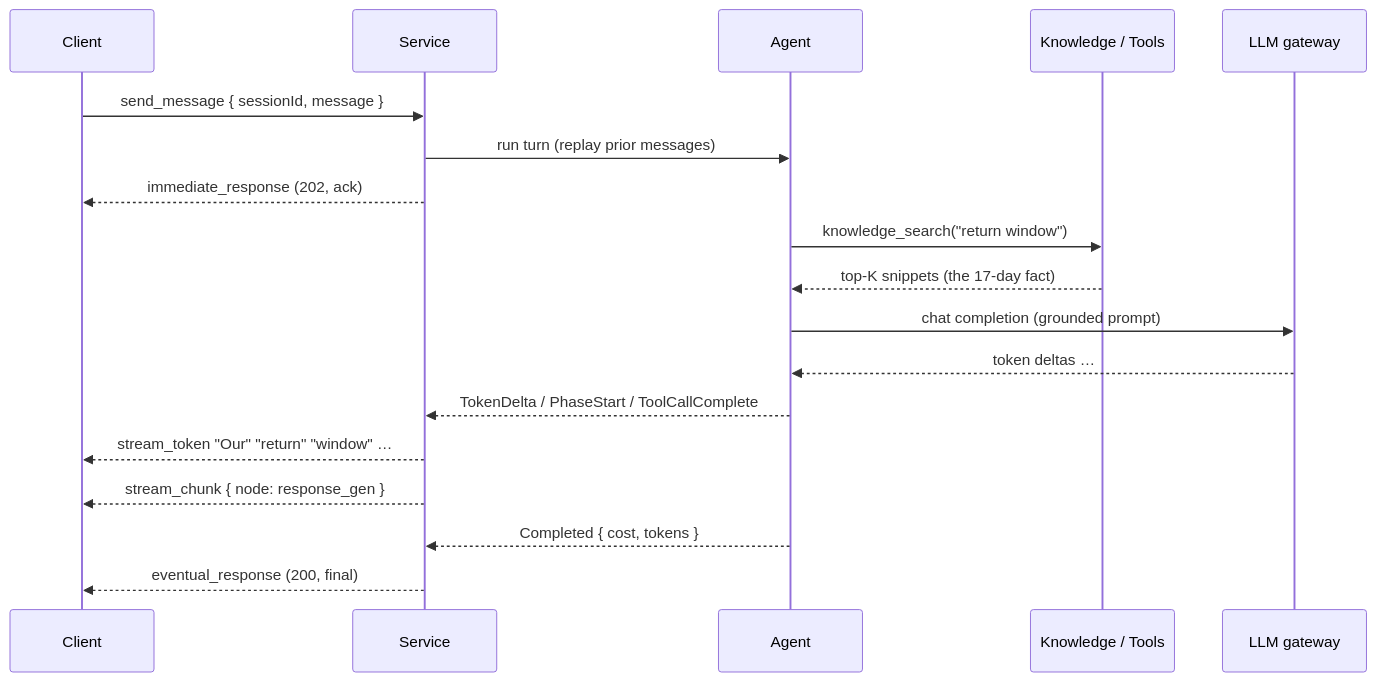
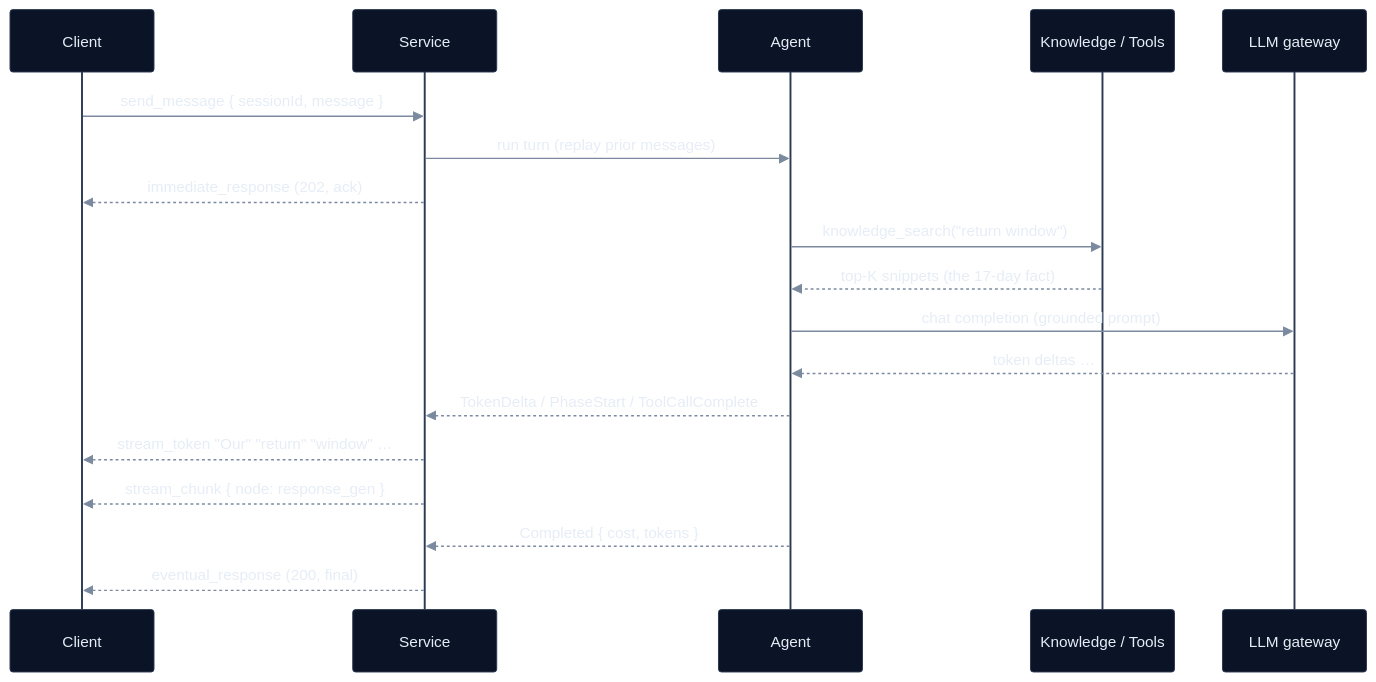
One commit to SmooAI/smooth-operator changed the second of 5 diagrams in README.md. Above: the diagram before and after it, drawn with Mermaid. The commit also changed other lines of this file and 8 other files, not shown here.

Commit message:
chore: glow up README + diagrams — hero banner, marketing callout (#6)

````diff
--- a/README.md
+++ b/README.md
@@ -193,21 +185,26 @@
 ```mermaid
+%%{init: {'theme':'base','themeVariables':{
+  'background':'#020618','primaryColor':'#0b1426','primaryTextColor':'#e6edf6','primaryBorderColor':'#2b3a52',
+  'lineColor':'#7c8aa0','actorBkg':'#0b1426','actorBorder':'#2b3a52','actorTextColor':'#e6edf6',
+  'signalColor':'#7c8aa0','signalTextColor':'#e6edf6','noteBkgColor':'#f49f0a','noteTextColor':'#1a0f00','noteBorderColor':'#ff6b6c',
+  'fontFamily':'ui-sans-serif, system-ui, sans-serif'}}}%%
 sequenceDiagram
   participant C as Client
   participant S as Service
   participant A as Agent
   participant K as Knowledge / Tools
   participant L as LLM gateway
 
   C->>S: send_message { sessionId, message }
   S->>A: run turn (replay prior messages)
   S-->>C: immediate_response (202, ack)
   A->>K: knowledge_search("return window")
   K-->>A: top-K snippets (the 17-day fact)
   A->>L: chat completion (grounded prompt)
   L-->>A: token deltas …
   A-->>S: TokenDelta / PhaseStart / ToolCallComplete
   S-->>C: stream_token "Our" "return" "window" …
   S-->>C: stream_chunk { node: response_gen }
   A-->>S: Completed { cost, tokens }
   S-->>C: eventual_response (200, final)
 ```
````
